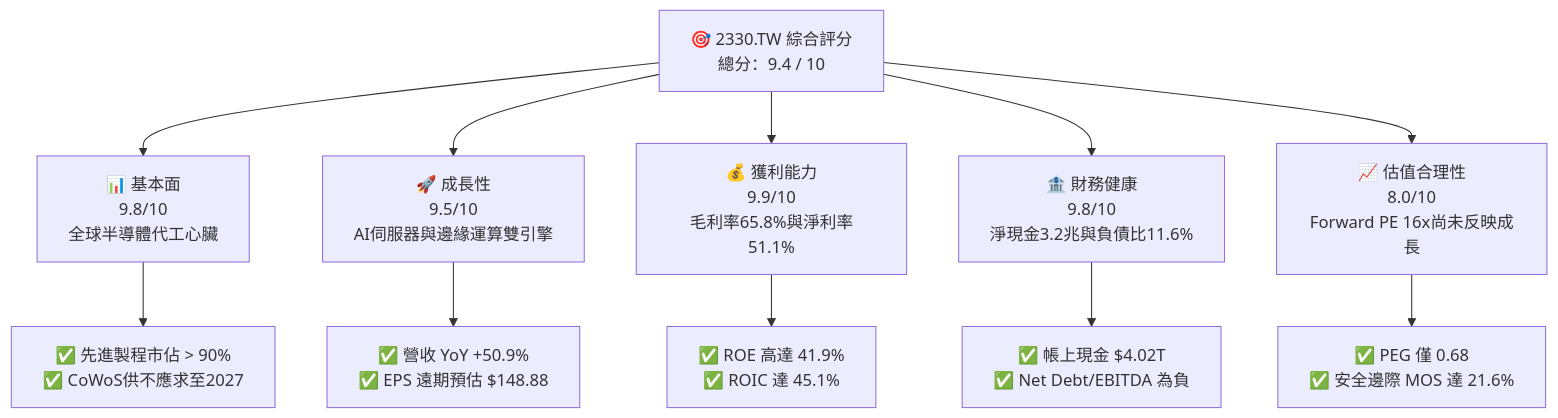
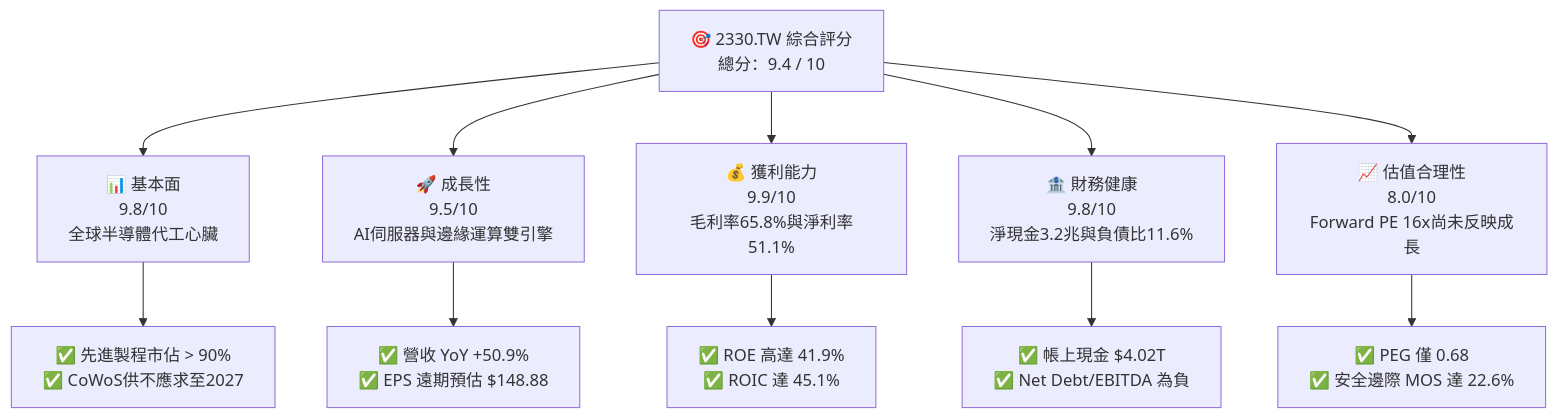
Before and after one commit to yennanliu/finance_data: the first of 15 diagrams in ai_gen_report/fundamental/2330.tw/fundamental_analysis_2026-10-22_gemini.md, drawn with Mermaid. The commit also changed other lines of this file and 339 other files, not shown here.

````diff
--- a/ai_gen_report/fundamental/2330.tw/fundamental_analysis_2026-10-22_gemini.md
+++ b/ai_gen_report/fundamental/2330.tw/fundamental_analysis_2026-10-22_gemini.md
@@ -58,22 +65,22 @@
 ```mermaid
 graph TD
     TICKER["🎯 2330.TW 綜合評分<br/>總分：9.4 / 10"]
 
     F["📊 基本面<br/>9.8/10<br/>全球半導體代工心臟"]
     G["🚀 成長性<br/>9.5/10<br/>AI伺服器與邊緣運算雙引擎"]
     P["💰 獲利能力<br/>9.9/10<br/>毛利率65.8%與淨利率51.1%"]
     B["🏦 財務健康<br/>9.8/10<br/>淨現金3.2兆與負債比11.6%"]
     V["📈 估值合理性<br/>8.0/10<br/>Forward PE 16x尚未反映成長"]
 
     TICKER --> F
     TICKER --> G
     TICKER --> P
     TICKER --> B
     TICKER --> V
 
     F --> F1["✅ 先進製程市佔 > 90%<br/>✅ CoWoS供不應求至2027"]
     G --> G1["✅ 營收 YoY +50.9%<br/>✅ EPS 遠期預估 $148.88"]
     P --> P1["✅ ROE 高達 41.9%<br/>✅ ROIC 達 45.1%"]
     B --> B1["✅ 帳上現金 $4.02T<br/>✅ Net Debt/EBITDA 為負"]
-    V --> V1["✅ PEG 僅 0.68<br/>✅ 安全邊際 MOS 達 21.6%"]
+    V --> V1["✅ PEG 僅 0.68<br/>✅ 安全邊際 MOS 達 22.6%"]
 ```
````
